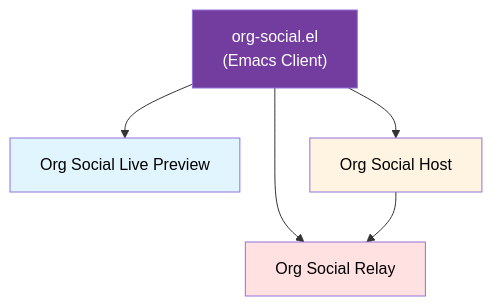
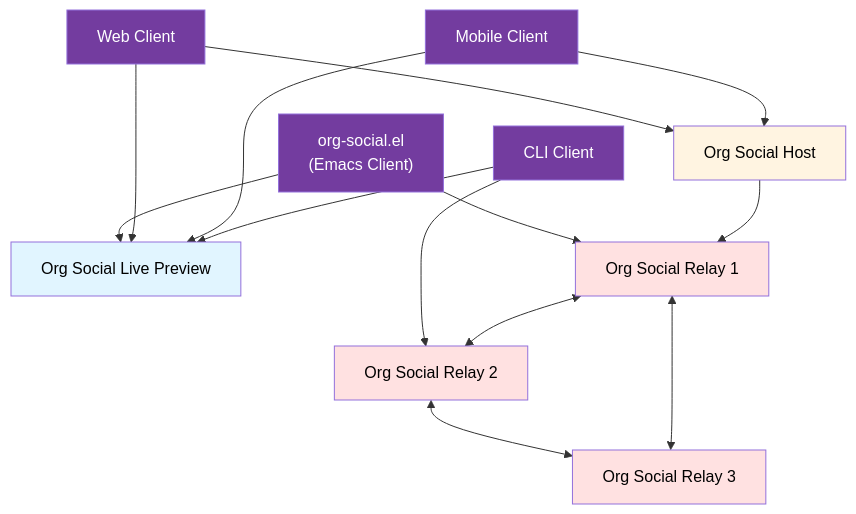
One commit to tanrax/org-social changed the fifth of 5 diagrams in README.md. Above: the diagram before and after it, drawn with Mermaid. The commit also changed other lines of this file, not shown here.

````diff
--- a/README.md
+++ b/README.md
@@ -901,12 +902,28 @@
 ```mermaid
 flowchart TB
-    A["org-social.el<br/>(Emacs Client)"] --> B["Org Social Relay"]
-    A --> C["Org Social Live Preview"]
-    A --> D["Org Social Host"]
-    D --> B
+    Client1["org-social.el<br/>(Emacs Client)"] --> Preview["Org Social Live Preview"]
+    Client2["Web Client"] --> Preview
+    Client3["Mobile Client"] --> Preview
+    Client4["CLI Client"] --> Preview
 
-    style A fill:#733c9f,color:white
-    style B fill:#ffe1e1,color:black
-    style C fill:#e1f5ff,color:black
-    style D fill:#fff4e1,color:black
+    Client1 --> Relay1["Org Social Relay 1"]
+    Client2 --> Host["Org Social Host"]
+    Client3 --> Host
+    Client4 --> Relay2["Org Social Relay 2"]
+
+    Host --> Relay1
+
+    Relay1 <--> Relay2
+    Relay2 <--> Relay3["Org Social Relay 3"]
+    Relay3 <--> Relay1
+
+    style Client1 fill:#733c9f,color:white
+    style Client2 fill:#733c9f,color:white
+    style Client3 fill:#733c9f,color:white
+    style Client4 fill:#733c9f,color:white
+    style Preview fill:#e1f5ff,color:black
+    style Relay1 fill:#ffe1e1,color:black
+    style Relay2 fill:#ffe1e1,color:black
+    style Relay3 fill:#ffe1e1,color:black
+    style Host fill:#fff4e1,color:black
 ```
````
